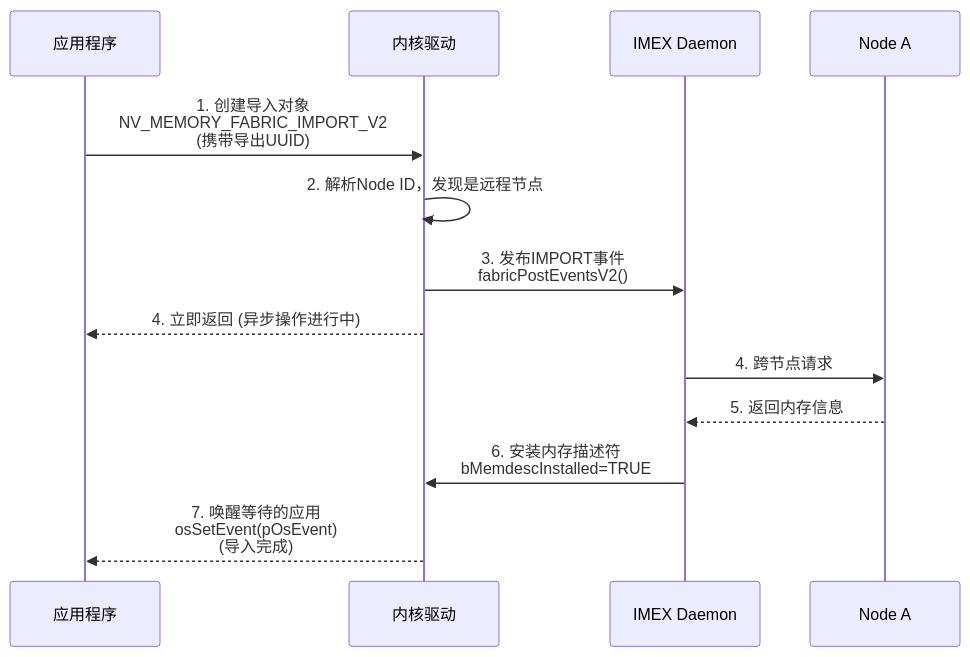
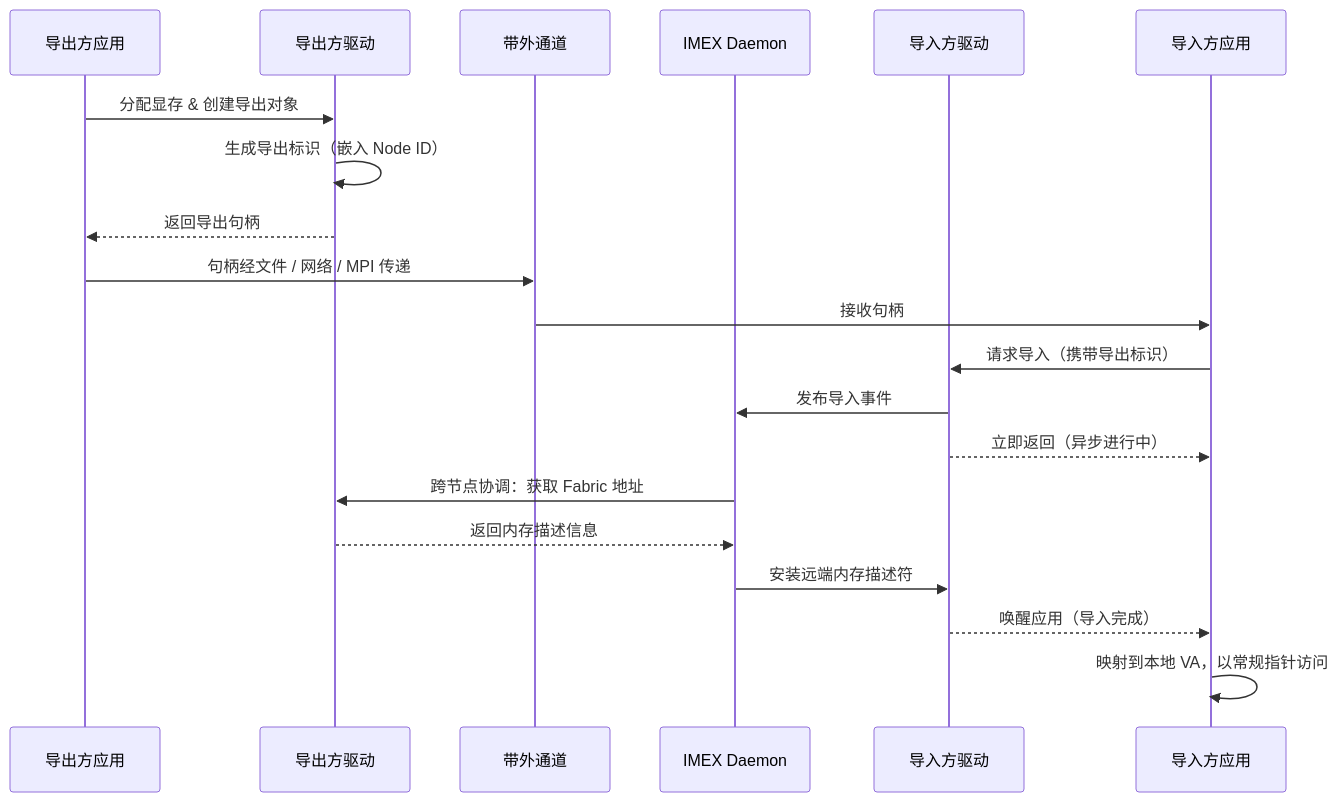
Before and after one commit to chonepieceyb/superpod-whitepaper: the fourth of 4 diagrams in src/02-software/memory-semantics.md, drawn with Mermaid. The commit also changed other lines of this file and 5 other files, not shown here.

````diff
--- a/src/02-software/memory-semantics.md
+++ b/src/02-software/memory-semantics.md
@@ -896,16 +202,23 @@
 ```mermaid
 sequenceDiagram
-    participant App as 应用程序
-    participant Kernel as 内核驱动
+    participant ExpApp as 导出方应用
+    participant ExpKernel as 导出方驱动
+    participant Transfer as 带外通道
     participant IMEX as IMEX Daemon
-    participant NodeA as Node A
+    participant ImpKernel as 导入方驱动
+    participant ImpApp as 导入方应用
 
-    App->>Kernel: 1. 创建导入对象<br/>NV_MEMORY_FABRIC_IMPORT_V2<br/>(携带导出UUID)
-    Kernel->>Kernel: 2. 解析Node ID，发现是远程节点
-    Kernel->>IMEX: 3. 发布IMPORT事件<br/>fabricPostEventsV2()
-    Kernel-->>App: 4. 立即返回 (异步操作进行中)
-    IMEX->>NodeA: 4. 跨节点请求
-    NodeA-->>IMEX: 5. 返回内存信息
-    IMEX->>Kernel: 6. 安装内存描述符<br/>bMemdescInstalled=TRUE
-    Kernel-->>App: 7. 唤醒等待的应用<br/>osSetEvent(pOsEvent)<br/>(导入完成)
+    ExpApp->>ExpKernel: 分配显存 & 创建导出对象
+    ExpKernel->>ExpKernel: 生成导出标识（嵌入 Node ID）
+    ExpKernel-->>ExpApp: 返回导出句柄
+    ExpApp->>Transfer: 句柄经文件 / 网络 / MPI 传递
+    Transfer->>ImpApp: 接收句柄
+    ImpApp->>ImpKernel: 请求导入（携带导出标识）
+    ImpKernel->>IMEX: 发布导入事件
+    ImpKernel-->>ImpApp: 立即返回（异步进行中）
+    IMEX->>ExpKernel: 跨节点协调：获取 Fabric 地址
+    ExpKernel-->>IMEX: 返回内存描述信息
+    IMEX->>ImpKernel: 安装远端内存描述符
+    ImpKernel-->>ImpApp: 唤醒应用（导入完成）
+    ImpApp->>ImpApp: 映射到本地 VA，以常规指针访问
 ```
````
